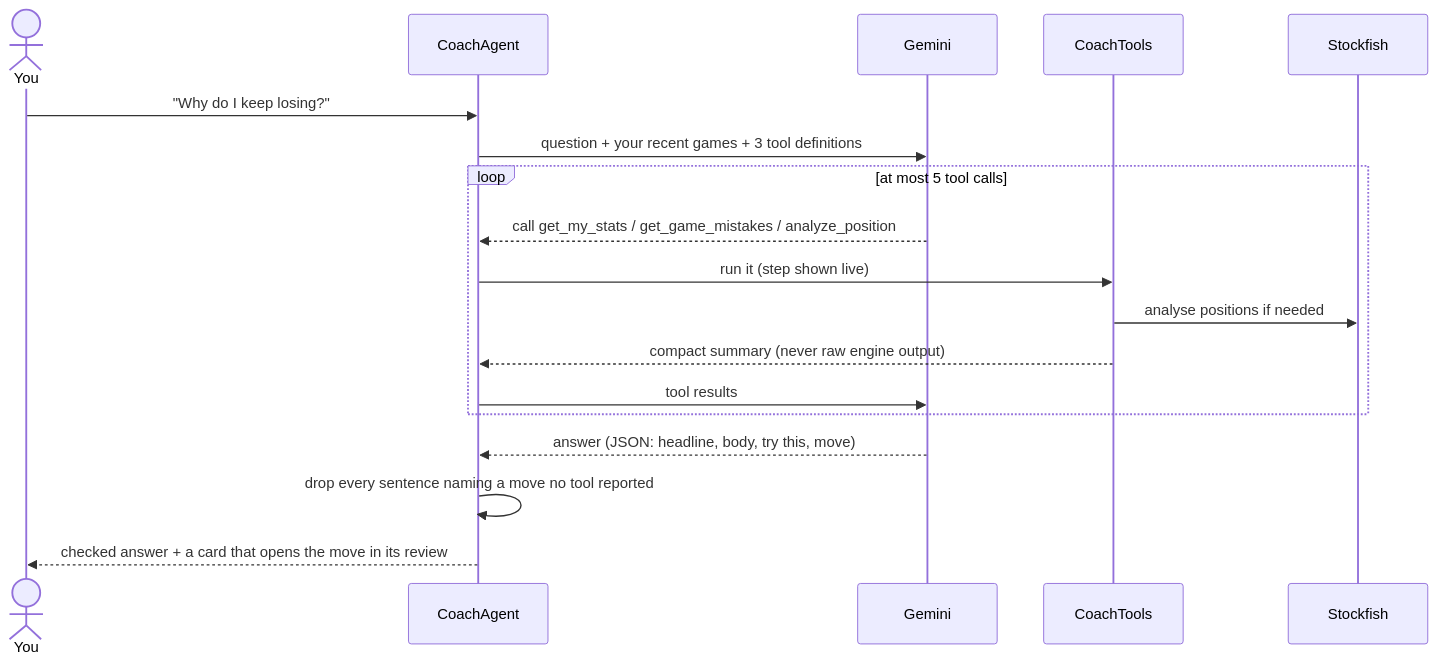
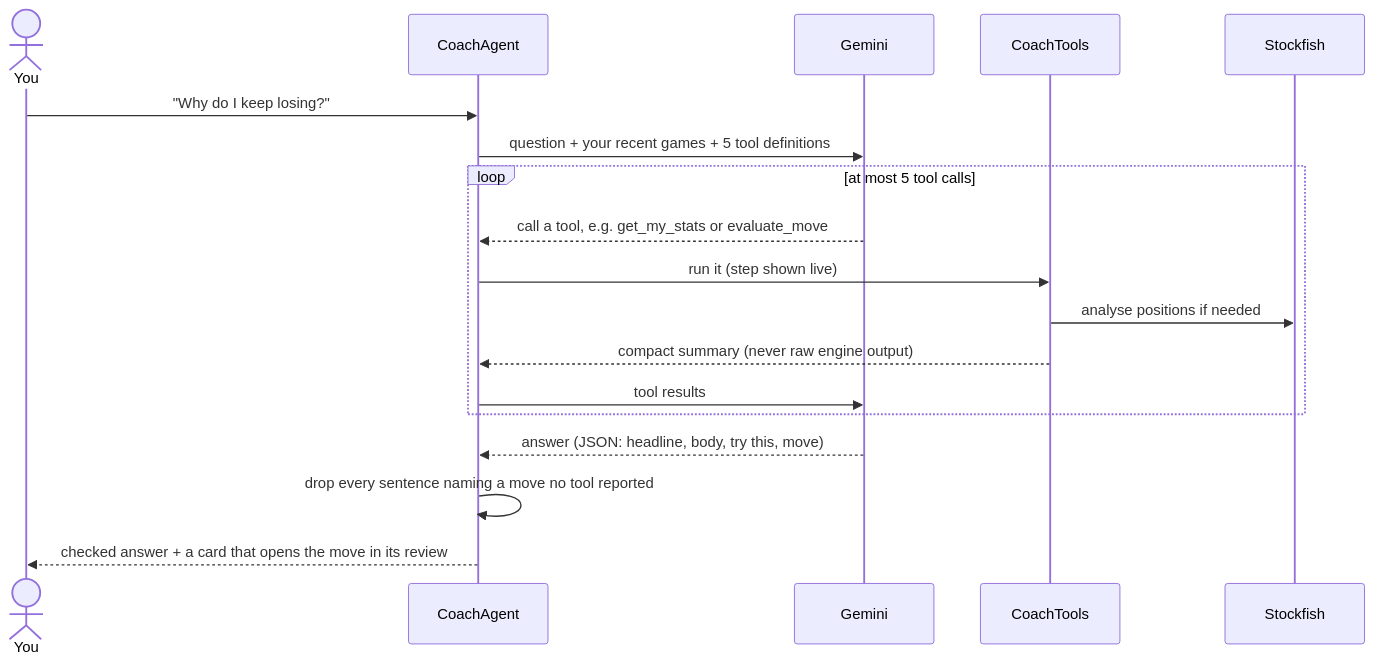
Before and after one commit to amitgp853/rooksight: the second of 2 diagrams in README.md, drawn with Mermaid. The commit also changed other lines of this file and 7 other files, not shown here.

Commit message:
Updated the evaluate_mode method to improve tool calling

````diff
--- a/README.md
+++ b/README.md
@@ -93,21 +93,21 @@
 ```mermaid
 sequenceDiagram
   actor You
   participant Agent as CoachAgent
   participant Model as Gemini
   participant Tools as CoachTools
   participant SF as Stockfish
 
   You->>Agent: "Why do I keep losing?"
-  Agent->>Model: question + your recent games + 3 tool definitions
+  Agent->>Model: question + your recent games + 5 tool definitions
   loop at most 5 tool calls
-    Model-->>Agent: call get_my_stats / get_game_mistakes / analyze_position
+    Model-->>Agent: call a tool, e.g. get_my_stats or evaluate_move
     Agent->>Tools: run it (step shown live)
     Tools->>SF: analyse positions if needed
     Tools-->>Agent: compact summary (never raw engine output)
     Agent->>Model: tool results
   end
   Model-->>Agent: answer (JSON: headline, body, try this, move)
   Agent->>Agent: drop every sentence naming a move no tool reported
   Agent-->>You: checked answer + a card that opens the move in its review
 ```
````
